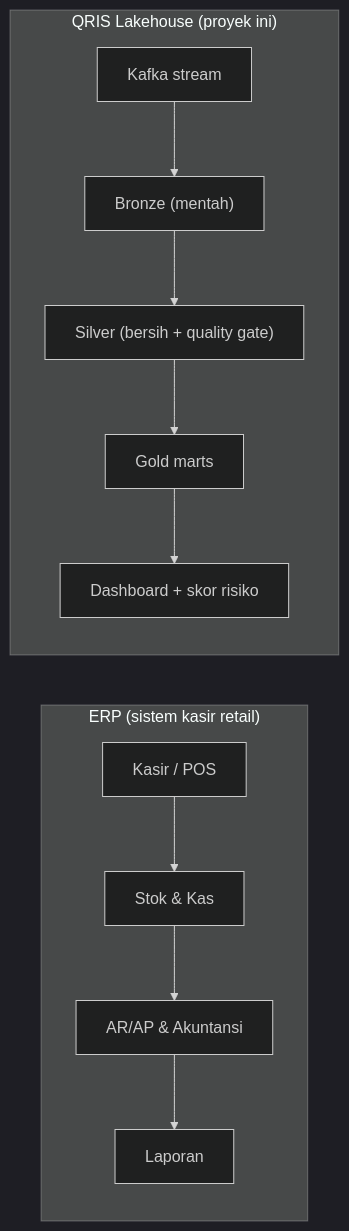
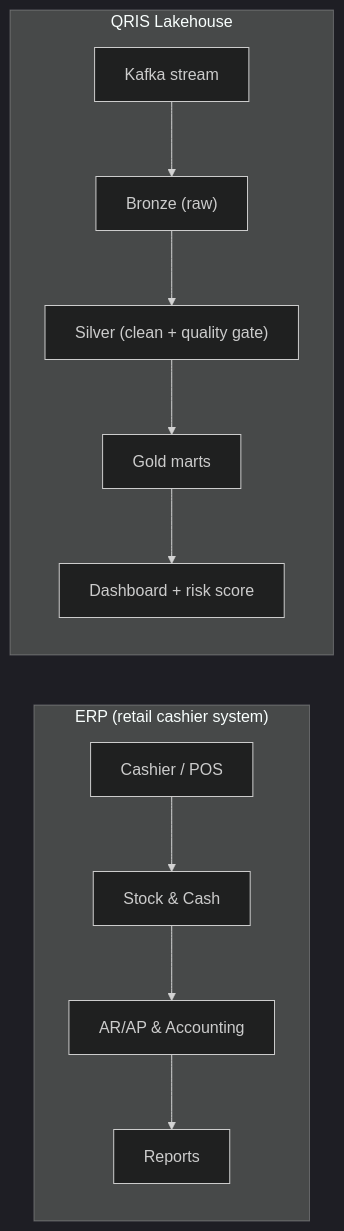
One commit to wardalxndr/qris-streaming-lakehouse changed the diagram in README.md. Above: the diagram before and after it, drawn with Mermaid (dark theme). The commit also changed other lines of this file and 9 other files, not shown here.

````diff
--- a/README.md
+++ b/README.md
@@ -37,14 +38,14 @@
 ```mermaid
 flowchart LR
-    subgraph ERP["ERP (sistem kasir retail)"]
-        POS["Kasir / POS"] --> GUD["Stok & Kas"]
-        GUD --> AKT["AR/AP & Akuntansi"]
-        AKT --> LAP["Laporan"]
+    subgraph ERP["ERP (retail cashier system)"]
+        POS["Cashier / POS"] --> GUD["Stock & Cash"]
+        GUD --> AKT["AR/AP & Accounting"]
+        AKT --> LAP["Reports"]
     end
-    subgraph QRIS["QRIS Lakehouse (proyek ini)"]
-        K["Kafka stream"] --> B["Bronze (mentah)"]
-        B --> S["Silver (bersih + quality gate)"]
+    subgraph QRIS["QRIS Lakehouse"]
+        K["Kafka stream"] --> B["Bronze (raw)"]
+        B --> S["Silver (clean + quality gate)"]
         S --> G["Gold marts"]
-        G --> D["Dashboard + skor risiko"]
+        G --> D["Dashboard + risk score"]
     end
 ```
````
